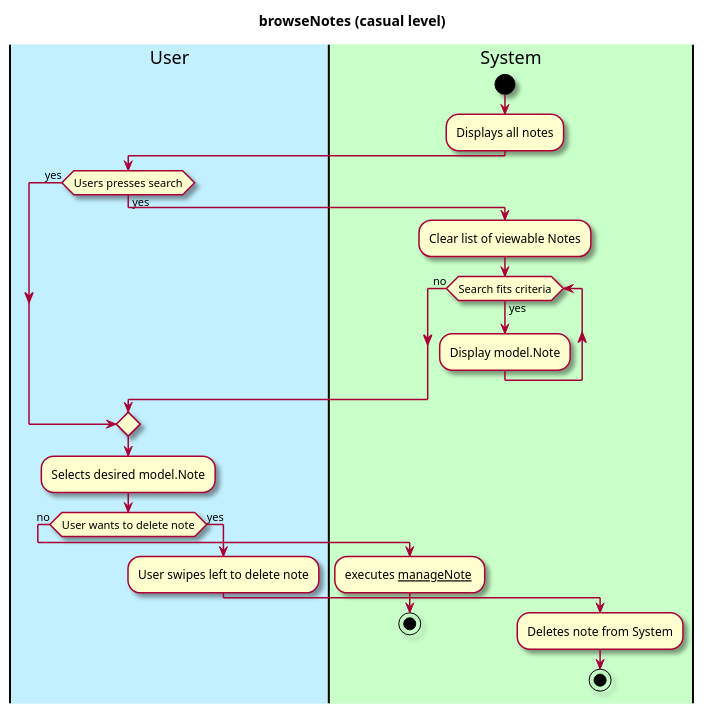
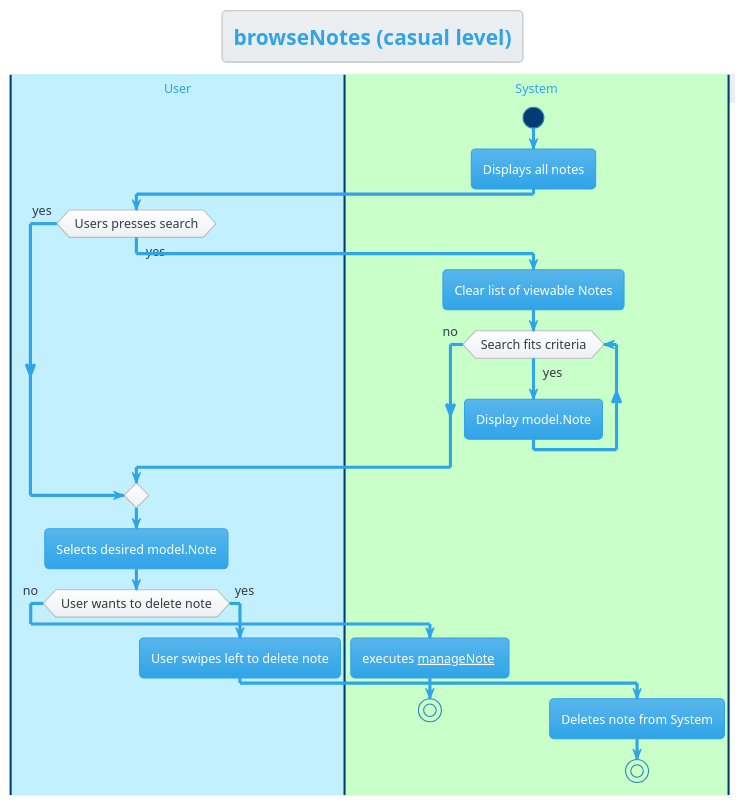
One commit to patricksmill/QuickNotes changed the first of 2 diagrams in docs/architecture/use-cases/NoteLibrary.md. Above: the diagram before and after it, drawn with PlantUML. The commit also changed other lines of this file and 6 other files, not shown here.

Commit message:
Fix Tutorial Crashing, update diagrams

````diff
--- a/docs/architecture/use-cases/NoteLibrary.md
+++ b/docs/architecture/use-cases/NoteLibrary.md
@@ -42,49 +42,49 @@
 ```plantuml
 @startuml
 
-skin rose
+!theme cerulean
 
 title browseNotes (casual level)
 
 'define the lanes
 |#application|User|
 |#technology|System|
 
 
 
 start
 |System|
 :Displays all notes;
 |User| 
 if (Users presses search) is (yes) then
 |System|
     :Clear list of viewable Notes;
 
 |System|
     while (Search fits criteria) is (yes)
       :Display model.Note;
     endwhile (no)
 else (yes) 
 
 
 
 
 endif
 |User|
 :Selects desired model.Note;
 
 if (User wants to delete note) is (no) then
     |System|
     :executes __manageNote__ ;
 stop
 
 else (yes)
 |User|
 :User swipes left to delete note;
 
 |System|
 
 :Deletes note from System;
 stop
 @enduml
 ```
````
